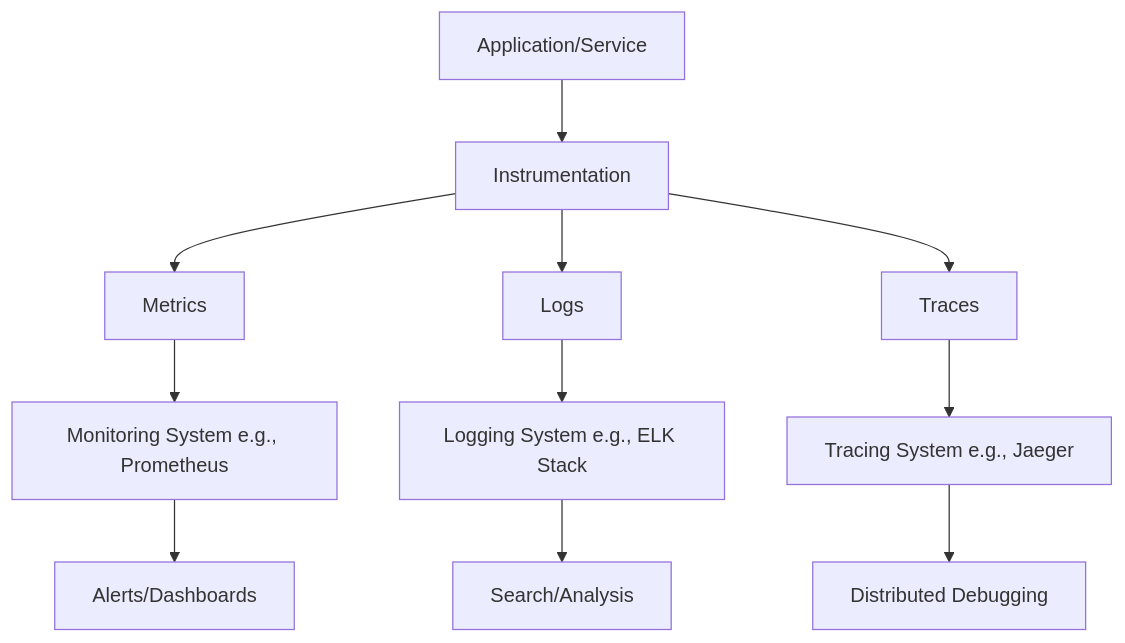
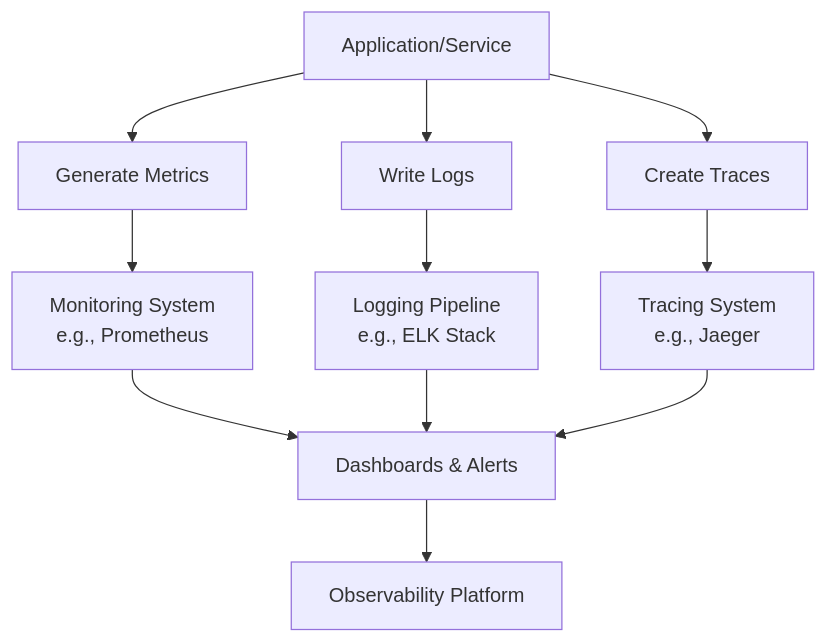
The diagram in monitoring-and-logging/README.md (VrushankPatel/interview-matters), drawn with Mermaid before and after one commit. The commit also changed other lines of this file and 6 other files, not shown here.

Commit message:
kb: add topics monitoring and logging, async logging, devops infrastructure as code, proxy forward and reverse, load balancing and strategies

````diff
--- a/monitoring-and-logging/README.md
+++ b/monitoring-and-logging/README.md
@@ -40,13 +35,13 @@
 ```mermaid
 graph TD
-    A[Application/Service] --> B[Instrumentation]
-    B --> C[Metrics]
-    B --> D[Logs]
-    B --> E[Traces]
-    C --> F[Monitoring System e.g., Prometheus]
-    D --> G[Logging System e.g., ELK Stack]
-    E --> H[Tracing System e.g., Jaeger]
-    F --> I[Alerts/Dashboards]
-    G --> J[Search/Analysis]
-    H --> K[Distributed Debugging]
+    A[Application/Service] --> B[Generate Metrics]
+    A --> C[Write Logs]
+    A --> D[Create Traces]
+    B --> E[Monitoring System<br/>e.g., Prometheus]
+    C --> F[Logging Pipeline<br/>e.g., ELK Stack]
+    D --> G[Tracing System<br/>e.g., Jaeger]
+    E --> H[Dashboards & Alerts]
+    F --> H
+    G --> H
+    H --> I[Observability Platform]
 ```
````
